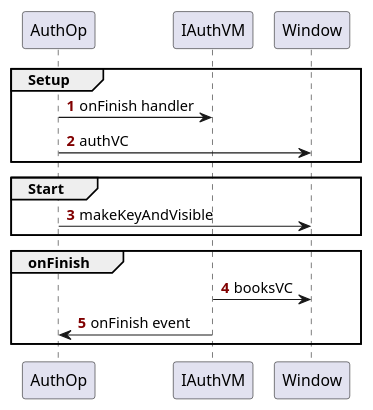
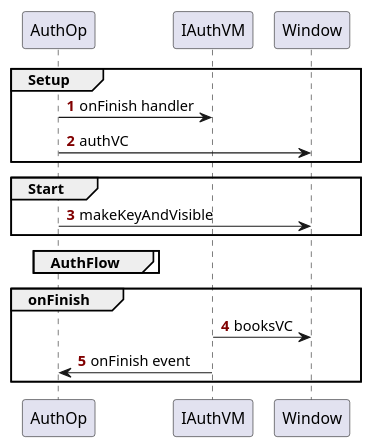
One commit to dubovoy-pro/ross-manual changed the diagram in site/content/ru/docs/overview/entities/diagrams/auth_op.puml. Above: the diagram before and after it, drawn with PlantUML. The commit also changed 4 other files, not shown here.

Commit message:
Extended diagram added

```diff
--- a/site/content/ru/docs/overview/entities/diagrams/auth_op.puml
+++ b/site/content/ru/docs/overview/entities/diagrams/auth_op.puml
@@ -1,20 +1,22 @@
 @startuml auth_op
 skinparam maxMessageSize 120
 autonumber "<font color=Maroon><b>"
 
 participant "AuthOp" as authOp order 10
 participant "IAuthVM" as authVM order 50
 participant "Window" as window order 60
 
 group Setup
 authOp -> authVM: onFinish handler
 authOp -> window: authVC
 end
 group Start
 authOp -> window: makeKeyAndVisible
 end
+group AuthFlow
+end
 group onFinish
 authVM -> window: booksVC
 authOp <- authVM: onFinish event
 end
 @enduml
```
